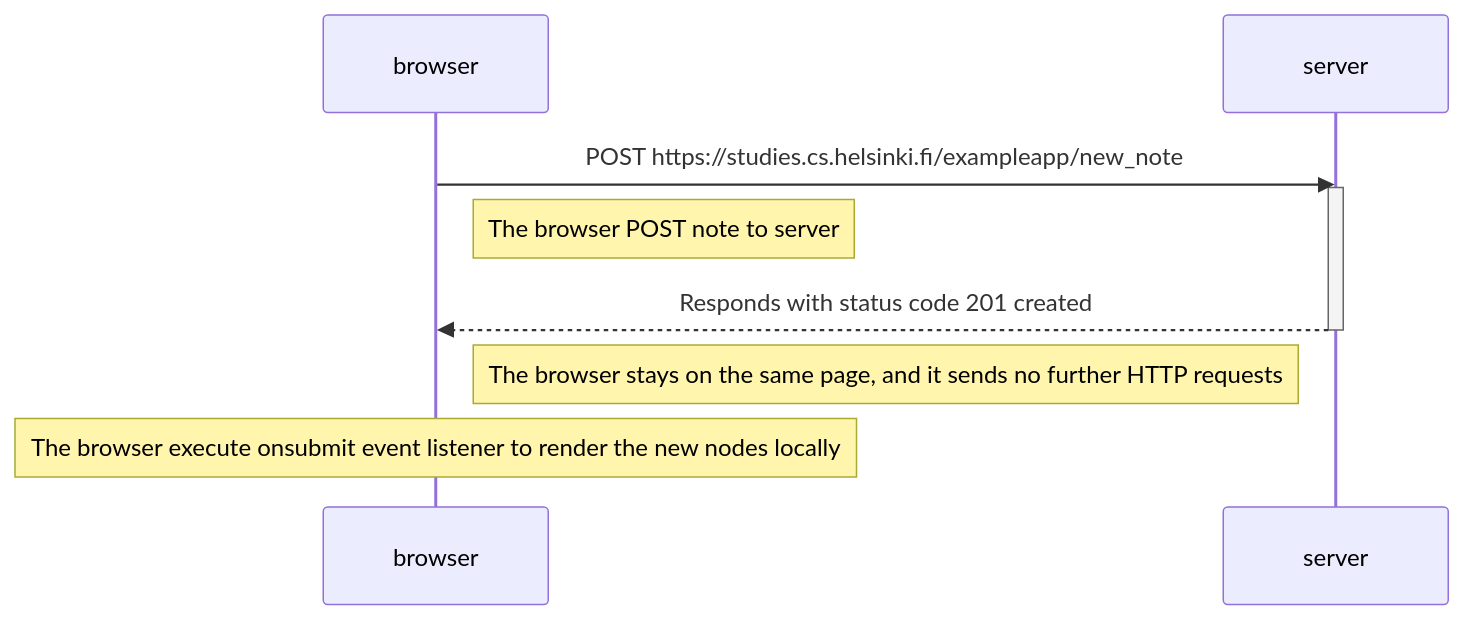
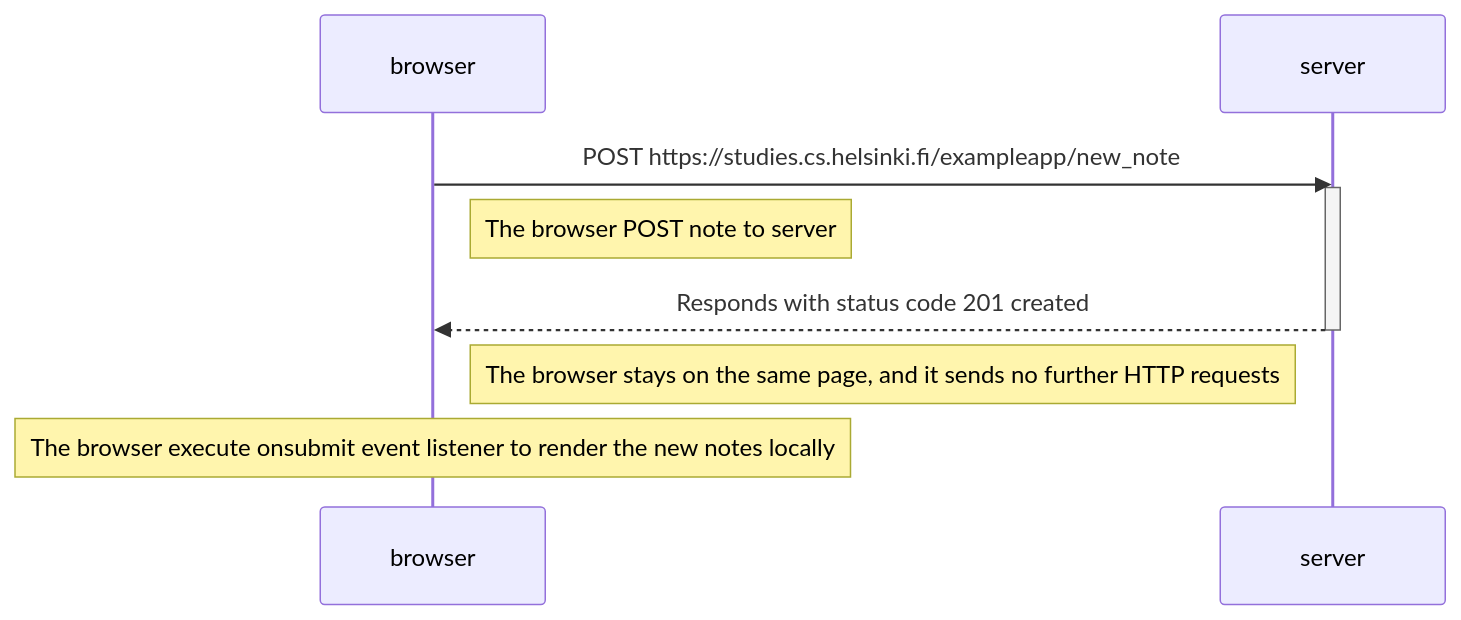
Before and after one commit to AKAZhiyu/fullstackopen-2024: the diagram in part0/p0_6_new_note_diagram.md, drawn with Mermaid.

Commit message:
finish hw for part0

````diff
--- a/part0/p0_6_new_note_diagram.md
+++ b/part0/p0_6_new_note_diagram.md
@@ -3,13 +3,13 @@
 ```mermaid
 sequenceDiagram
     participant browser
     participant server
 
     browser->>server: POST https://studies.cs.helsinki.fi/exampleapp/new_note
     activate server
     Note right of browser: The browser POST note to server
     server-->>browser: Responds with status code 201 created
     deactivate server
     Note right of browser: The browser stays on the same page, and it sends no further HTTP requests
-    Note over browser: The browser execute onsubmit event listener to render the new nodes locally
+    Note over browser: The browser execute onsubmit event listener to render the new notes locally
 ```
````
